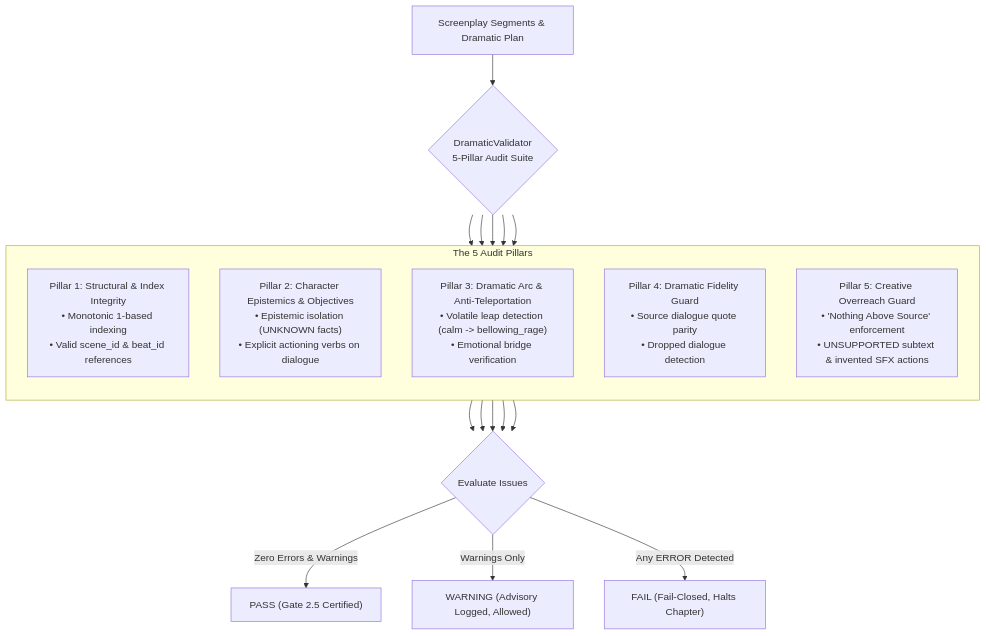
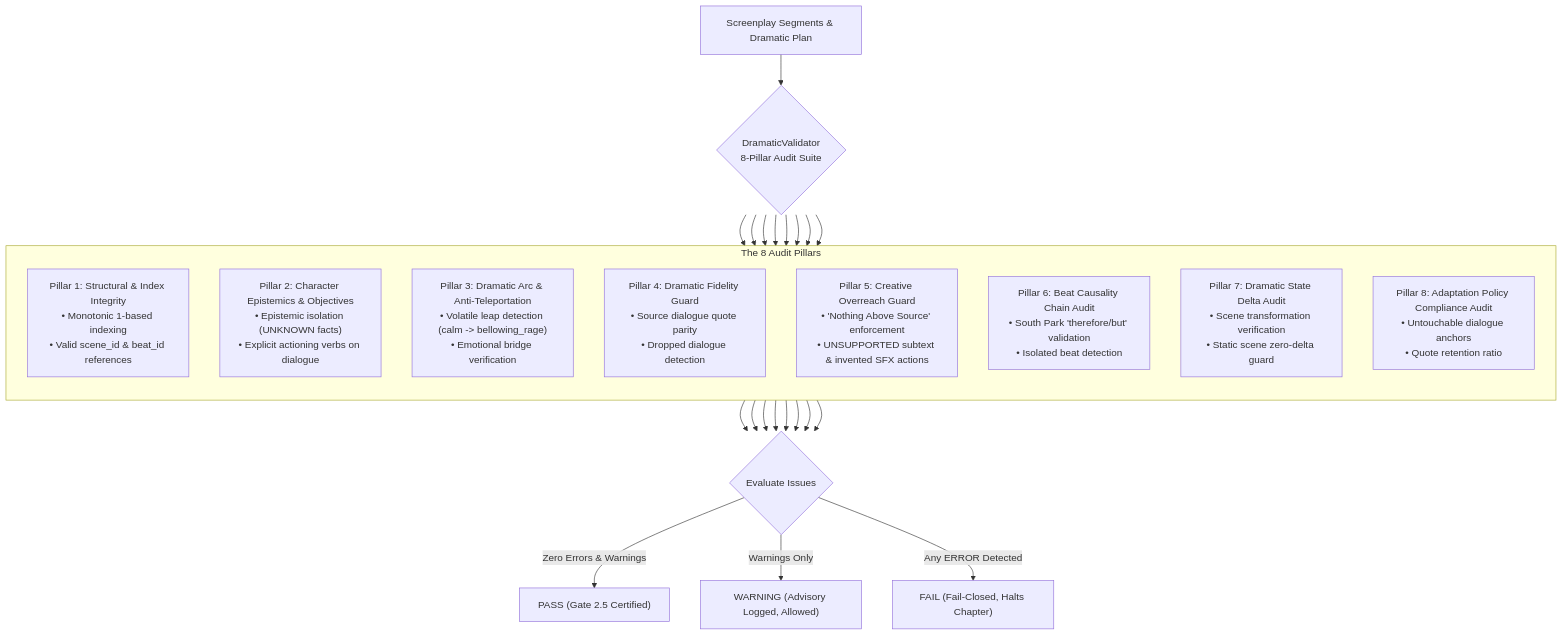
Before and after one commit to naksh-07/audiobook-maker: the sixth of 7 diagrams in docs/DRAMATIC_ADAPTATION_AND_SCREENPLAY.md, drawn with Mermaid. The commit also changed other lines of this file and 13 other files, not shown here.

First line of the commit message:
feat(stage3): refine dramatic adaptation engine with 10 dramatic capabilities (420 tests)

````diff
--- a/docs/DRAMATIC_ADAPTATION_AND_SCREENPLAY.md
+++ b/docs/DRAMATIC_ADAPTATION_AND_SCREENPLAY.md
@@ -367,29 +543,38 @@
 ```mermaid
 flowchart TD
-    Script["Screenplay Segments & Dramatic Plan"] --> Audit{"DramaticValidator<br/>5-Pillar Audit Suite"}
+    Script["Screenplay Segments & Dramatic Plan"] --> Audit{"DramaticValidator<br/>8-Pillar Audit Suite"}
 
-    subgraph Pillars["The 5 Audit Pillars"]
+    subgraph Pillars["The 8 Audit Pillars"]
         direction TB
         P1["Pillar 1: Structural & Index Integrity<br/>• Monotonic 1-based indexing<br/>• Valid scene_id & beat_id references"]
         P2["Pillar 2: Character Epistemics & Objectives<br/>• Epistemic isolation (UNKNOWN facts)<br/>• Explicit actioning verbs on dialogue"]
         P3["Pillar 3: Dramatic Arc & Anti-Teleportation<br/>• Volatile leap detection (calm -> bellowing_rage)<br/>• Emotional bridge verification"]
         P4["Pillar 4: Dramatic Fidelity Guard<br/>• Source dialogue quote parity<br/>• Dropped dialogue detection"]
         P5["Pillar 5: Creative Overreach Guard<br/>• 'Nothing Above Source' enforcement<br/>• UNSUPPORTED subtext & invented SFX actions"]
+        P6["Pillar 6: Beat Causality Chain Audit<br/>• South Park 'therefore/but' validation<br/>• Isolated beat detection"]
+        P7["Pillar 7: Dramatic State Delta Audit<br/>• Scene transformation verification<br/>• Static scene zero-delta guard"]
+        P8["Pillar 8: Adaptation Policy Compliance Audit<br/>• Untouchable dialogue anchors<br/>• Quote retention ratio"]
     end
 
     Audit --> P1
     Audit --> P2
     Audit --> P3
     Audit --> P4
     Audit --> P5
+    Audit --> P6
+    Audit --> P7
+    Audit --> P8
 
     P1 --> Eval{"Evaluate Issues"}
     P2 --> Eval
     P3 --> Eval
     P4 --> Eval
     P5 --> Eval
+    P6 --> Eval
+    P7 --> Eval
+    P8 --> Eval
 
     Eval -->|Zero Errors & Warnings| Pass["PASS (Gate 2.5 Certified)"]
     Eval -->|Warnings Only| Warn["WARNING (Advisory Logged, Allowed)"]
     Eval -->|Any ERROR Detected| Fail["FAIL (Fail-Closed, Halts Chapter)"]
 ```
````
